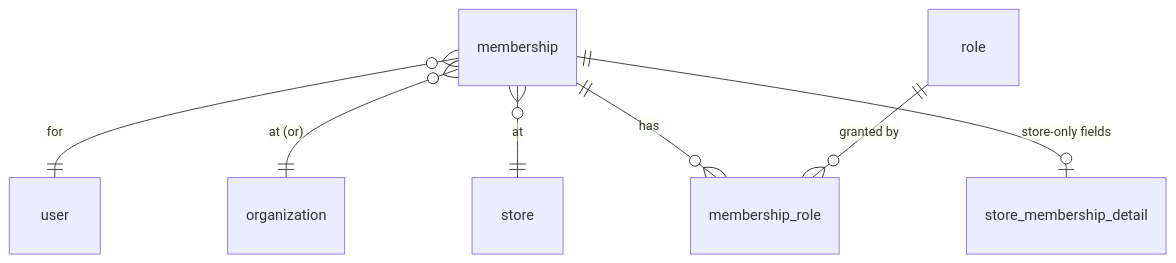
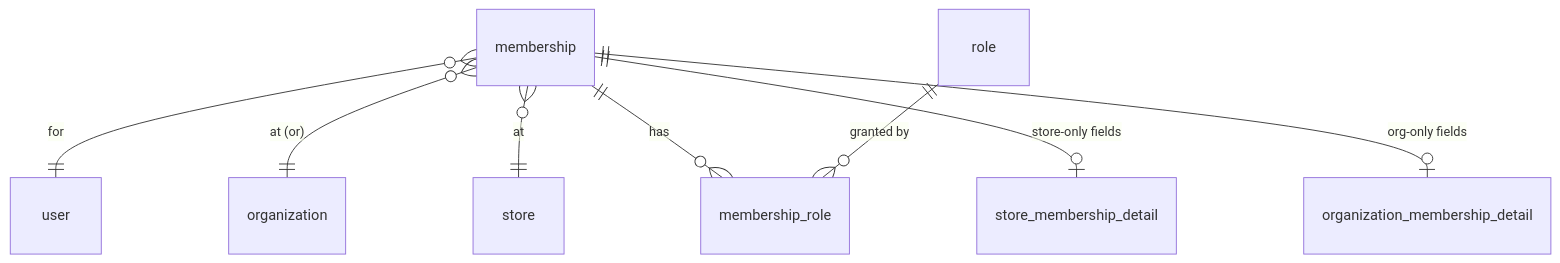
Before and after one commit to Shahrukh489/gekkosuite-api: the fourth of 7 diagrams in docs/database.md, drawn with Mermaid. The commit also changed other lines of this file, not shown here.

Commit message:
adding scope to permission along with membership_detail tables

````diff
--- a/docs/database.md
+++ b/docs/database.md
@@ -257,9 +264,10 @@
 ```mermaid
 erDiagram
     membership }o--|| user : "for"
     membership }o--|| organization : "at (or)"
     membership }o--|| store : "at"
     membership ||--o{ membership_role : "has"
     role       ||--o{ membership_role : "granted by"
     membership ||--o| store_membership_detail : "store-only fields"
+    membership ||--o| organization_membership_detail : "org-only fields"
 ```
````
